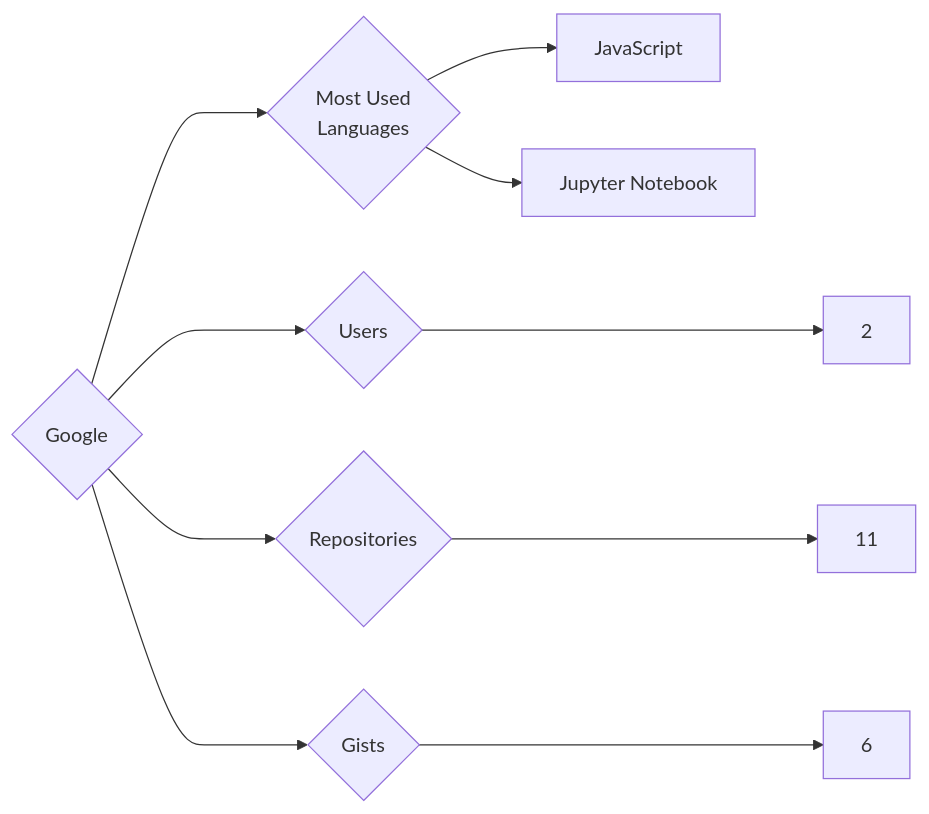
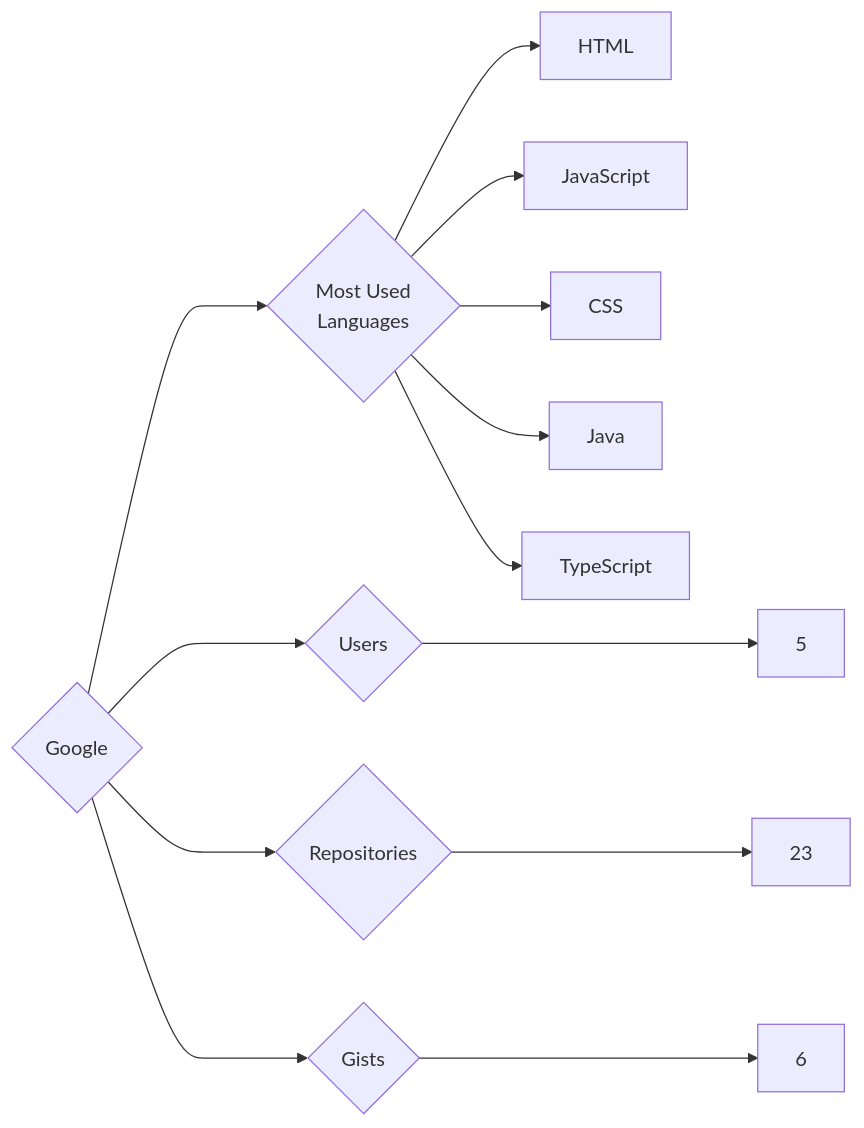
Before and after one commit to trickest/insiders: the diagram in targets/Google/README.md, drawn with Mermaid. The commit also changed 1149 other files, not shown here.

````diff
--- a/targets/Google/README.md
+++ b/targets/Google/README.md
@@ -3,10 +3,13 @@
 ```mermaid
 graph LR
 COMPANY_NAME{Google}
-COMPANY_NAME ---> U{Users} ---> UN[2]
-COMPANY_NAME ---> R{Repositories} ---> RN[11]
+COMPANY_NAME ---> U{Users} ---> UN[5]
+COMPANY_NAME ---> R{Repositories} ---> RN[23]
 COMPANY_NAME ---> G{Gists} ---> GN[6]
 COMPANY_NAME ---> ML{Most Used<br>Languages}
+ML --> HTML[HTML]
 ML --> JavaScript[JavaScript]
-ML --> Jupyter_Notebook[Jupyter Notebook]
+ML --> CSS[CSS]
+ML --> Java[Java]
+ML --> TypeScript[TypeScript]
 ```
````
